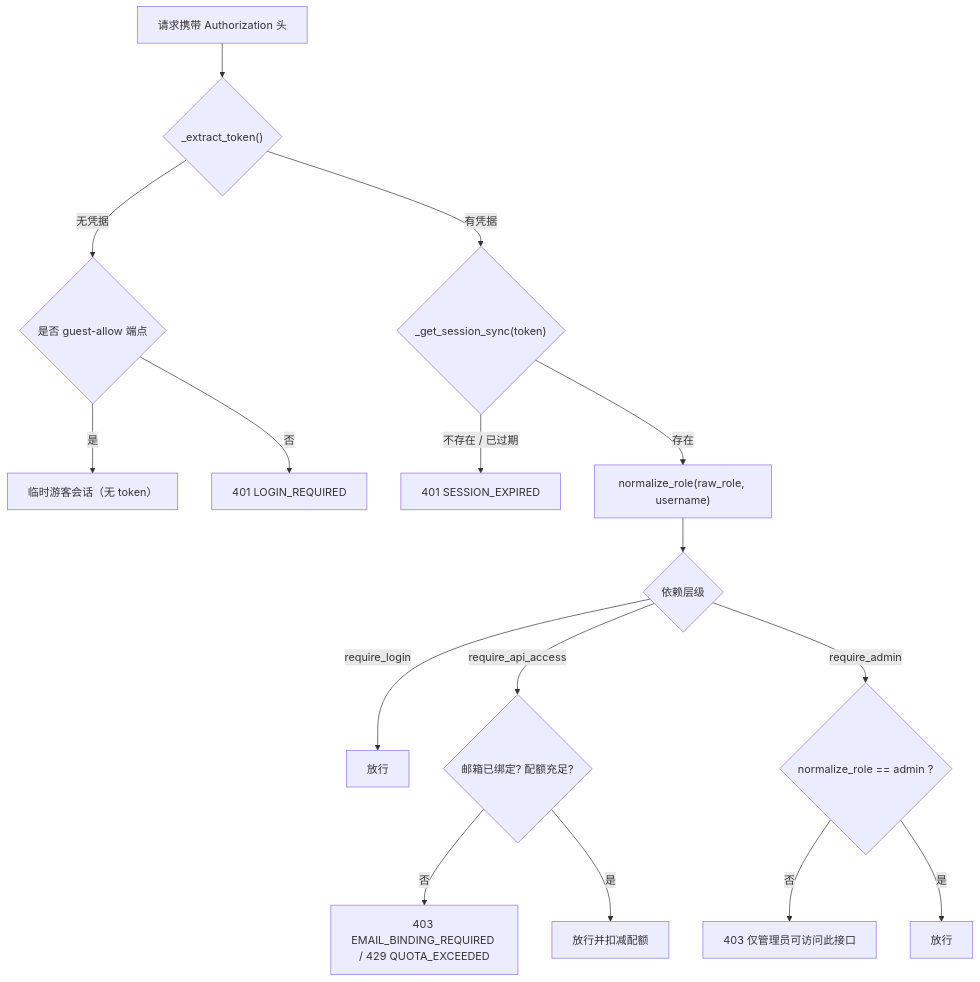
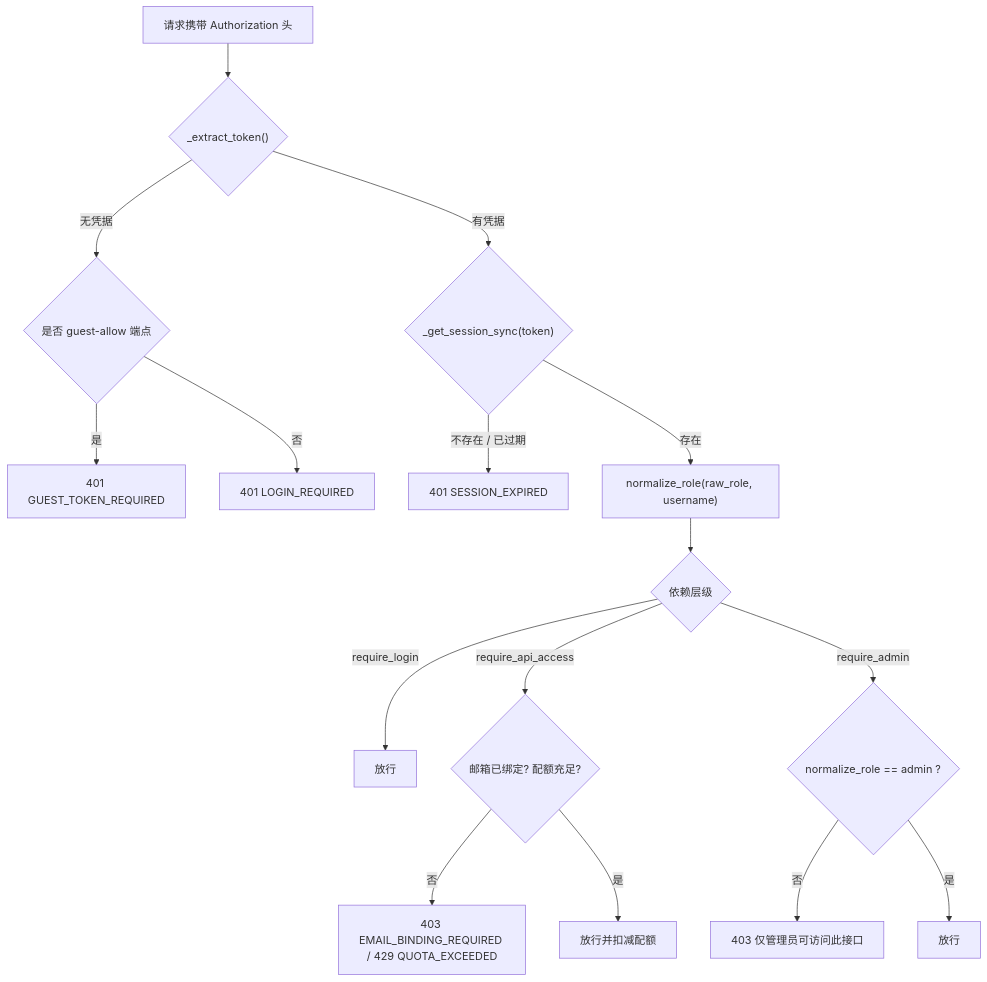
Before and after one commit to NEGIAO/WebGIS-Dev: the second of 2 diagrams in Docs/Architecture/identity-auth-security.md, drawn with Mermaid. The commit also changed other lines of this file and 54 other files, not shown here.

First line of the commit message:
补充归档常用400+瓦片并补充访问key；涉及影像、电子地图、地形、历史影像、矢量瓦片等资源；底图能力大幅提高；

````diff
--- a/Docs/Architecture/identity-auth-security.md
+++ b/Docs/Architecture/identity-auth-security.md
@@ -55,18 +57,18 @@
 ```mermaid
 flowchart TD
     A["请求携带 Authorization 头"] --> B{"_extract_token()"}
     B -->|无凭据| C{"是否 guest-allow 端点"}
-    C -->|是| C1["临时游客会话（无 token）"]
+    C -->|是| C1["401 GUEST_TOKEN_REQUIRED"]
     C -->|否| C2["401 LOGIN_REQUIRED"]
     B -->|有凭据| D{"_get_session_sync(token)"}
     D -->|不存在 / 已过期| E["401 SESSION_EXPIRED"]
     D -->|存在| F["normalize_role(raw_role, username)"]
     F --> G{"依赖层级"}
     G -->|require_login| H["放行"]
     G -->|require_api_access| I{"邮箱已绑定? 配额充足?"}
     I -->|否| J["403 EMAIL_BINDING_REQUIRED / 429 QUOTA_EXCEEDED"]
     I -->|是| K["放行并扣减配额"]
     G -->|require_admin| L{"normalize_role == admin ?"}
     L -->|否| M["403 仅管理员可访问此接口"]
     L -->|是| N["放行"]
 ```
````
